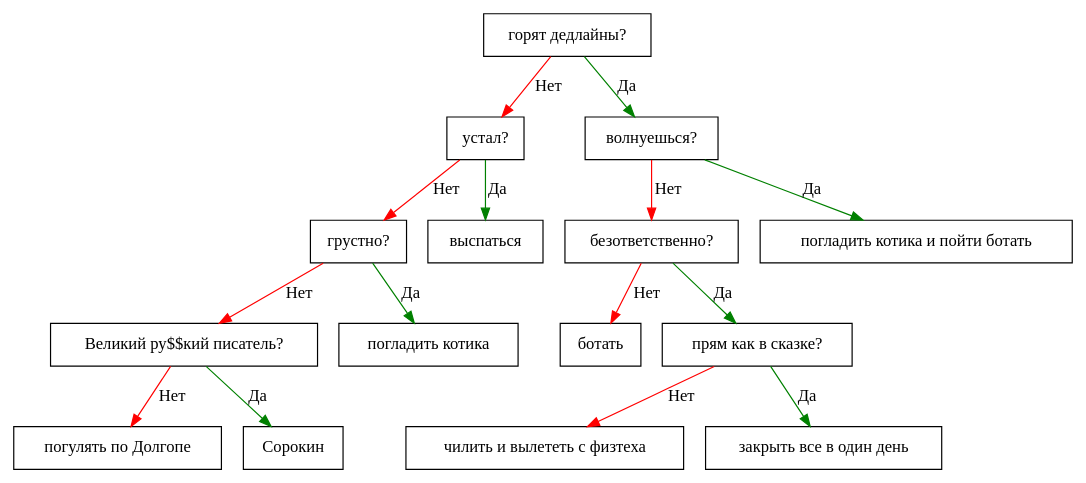
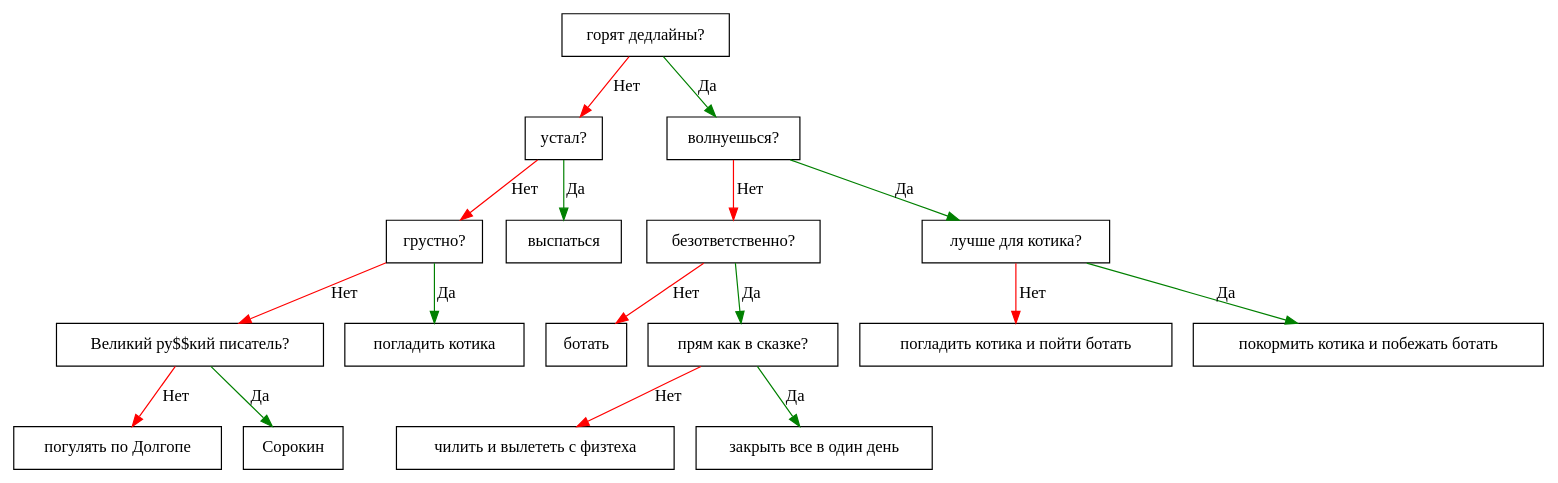
The diagram in cmake-build-debug/dt.dot (AlgebraicWolf/Akinator), drawn with Graphviz before and after one commit. The commit also changed 6 other files, not shown here.

```diff
--- a/cmake-build-debug/dt.dot
+++ b/cmake-build-debug/dt.dot
@@ -1,31 +1,35 @@
 digraph {
-node0x55c5244d1c60 [label="горят дедлайны?", shape=box];
-node0x55c5244d1c90 [label="устал?", shape=box];
-node0x55c5244d1de0 [label="волнуешься?", shape=box];
-node0x55c5244d1c60 -> node0x55c5244d1c90 [color="red", label="Нет"];
-node0x55c5244d1c60 -> node0x55c5244d1de0 [color="green", label="Да"];
-node0x55c5244d1e10 [label="безответственно?", shape=box];
-node0x55c5244d1f00 [label="погладить котика и пойти ботать ", shape=box];
-node0x55c5244d1de0 -> node0x55c5244d1e10 [color="red", label="Нет"];
-node0x55c5244d1de0 -> node0x55c5244d1f00 [color="green", label="Да"];
-node0x55c5244d1e40 [label="ботать ", shape=box];
-node0x55c5244d1e70 [label="прям как в сказке?", shape=box];
-node0x55c5244d1e10 -> node0x55c5244d1e40 [color="red", label="Нет"];
-node0x55c5244d1e10 -> node0x55c5244d1e70 [color="green", label="Да"];
-node0x55c5244d1ea0 [label="чилить и вылететь с физтеха ", shape=box];
-node0x55c5244d1ed0 [label="закрыть все в один день ", shape=box];
-node0x55c5244d1e70 -> node0x55c5244d1ea0 [color="red", label="Нет"];
-node0x55c5244d1e70 -> node0x55c5244d1ed0 [color="green", label="Да"];
-node0x55c5244d1cc0 [label="грустно?", shape=box];
-node0x55c5244d1db0 [label="выспаться ", shape=box];
-node0x55c5244d1c90 -> node0x55c5244d1cc0 [color="red", label="Нет"];
-node0x55c5244d1c90 -> node0x55c5244d1db0 [color="green", label="Да"];
-node0x55c5244d1cf0 [label="Великий ру$$кий писатель?", shape=box];
-node0x55c5244d1d80 [label="погладить котика ", shape=box];
-node0x55c5244d1cc0 -> node0x55c5244d1cf0 [color="red", label="Нет"];
-node0x55c5244d1cc0 -> node0x55c5244d1d80 [color="green", label="Да"];
-node0x55c5244d1d20 [label="погулять по Долгопе ", shape=box];
-node0x55c5244d1d50 [label="Сорокин ", shape=box];
-node0x55c5244d1cf0 -> node0x55c5244d1d20 [color="red", label="Нет"];
-node0x55c5244d1cf0 -> node0x55c5244d1d50 [color="green", label="Да"];
+node0x5646bf788ec0 [label="горят дедлайны?", shape=box];
+node0x5646bf788ef0 [label="устал?", shape=box];
+node0x5646bf789040 [label="волнуешься?", shape=box];
+node0x5646bf788ec0 -> node0x5646bf788ef0 [color="red", label="Нет"];
+node0x5646bf788ec0 -> node0x5646bf789040 [color="green", label="Да"];
+node0x5646bf789070 [label="безответственно?", shape=box];
+node0x5646bf7afc20 [label="лучше для котика?", shape=box];
+node0x5646bf789040 -> node0x5646bf789070 [color="red", label="Нет"];
+node0x5646bf789040 -> node0x5646bf7afc20 [color="green", label="Да"];
+node0x5646bf789160 [label="погладить котика и пойти ботать ", shape=box];
+node0x5646bf7afbf0 [label="покормить котика и побежать ботать ", shape=box];
+node0x5646bf7afc20 -> node0x5646bf789160 [color="red", label="Нет"];
+node0x5646bf7afc20 -> node0x5646bf7afbf0 [color="green", label="Да"];
+node0x5646bf7890a0 [label="ботать ", shape=box];
+node0x5646bf7890d0 [label="прям как в сказке?", shape=box];
+node0x5646bf789070 -> node0x5646bf7890a0 [color="red", label="Нет"];
+node0x5646bf789070 -> node0x5646bf7890d0 [color="green", label="Да"];
+node0x5646bf789100 [label="чилить и вылететь с физтеха ", shape=box];
+node0x5646bf789130 [label="закрыть все в один день ", shape=box];
+node0x5646bf7890d0 -> node0x5646bf789100 [color="red", label="Нет"];
+node0x5646bf7890d0 -> node0x5646bf789130 [color="green", label="Да"];
+node0x5646bf788f20 [label="грустно?", shape=box];
+node0x5646bf789010 [label="выспаться ", shape=box];
+node0x5646bf788ef0 -> node0x5646bf788f20 [color="red", label="Нет"];
+node0x5646bf788ef0 -> node0x5646bf789010 [color="green", label="Да"];
+node0x5646bf788f50 [label="Великий ру$$кий писатель?", shape=box];
+node0x5646bf788fe0 [label="погладить котика ", shape=box];
+node0x5646bf788f20 -> node0x5646bf788f50 [color="red", label="Нет"];
+node0x5646bf788f20 -> node0x5646bf788fe0 [color="green", label="Да"];
+node0x5646bf788f80 [label="погулять по Долгопе ", shape=box];
+node0x5646bf788fb0 [label="Сорокин ", shape=box];
+node0x5646bf788f50 -> node0x5646bf788f80 [color="red", label="Нет"];
+node0x5646bf788f50 -> node0x5646bf788fb0 [color="green", label="Да"];
 }
```
